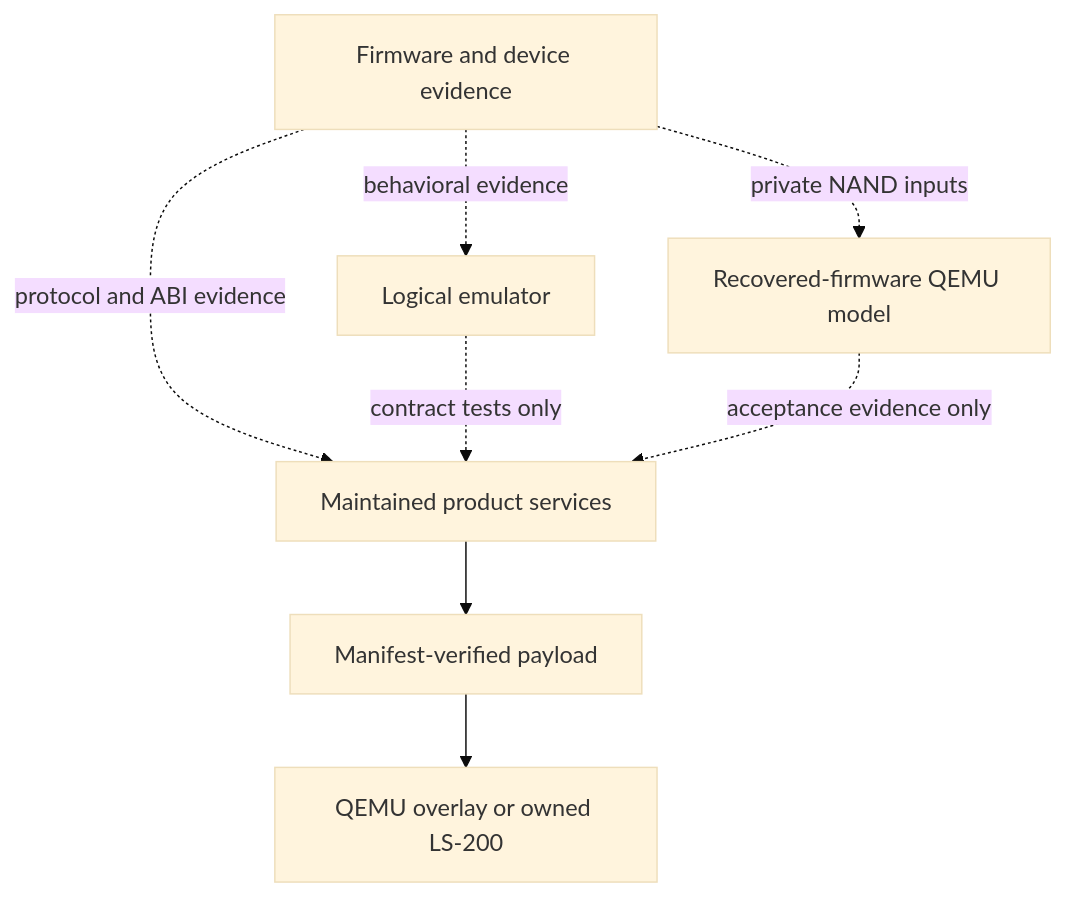
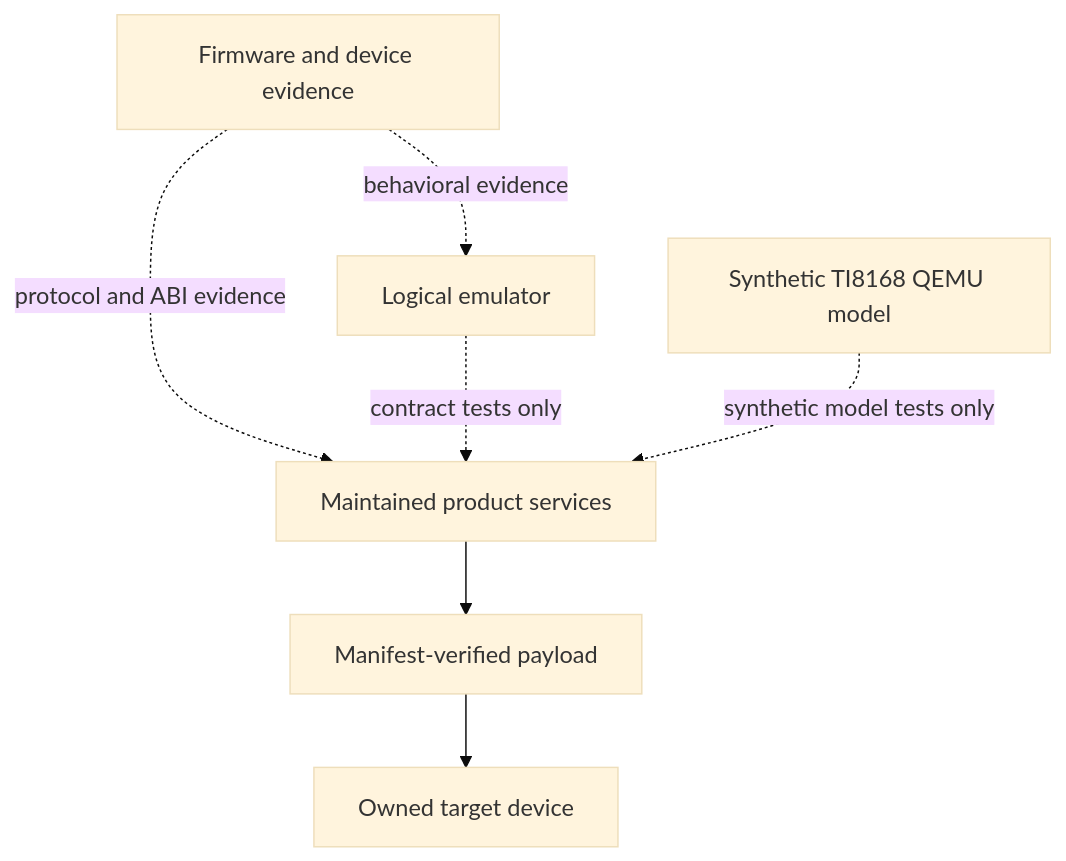
The second of 2 diagrams in docs/ARCHITECTURE.md (sebastianspicker/aula-ti8168-sip-endpoint), drawn with Mermaid (base theme) before and after one commit. The commit also changed other lines of this file and 377 other files, not shown here.

````diff
--- a/docs/ARCHITECTURE.md
+++ b/docs/ARCHITECTURE.md
@@ -47,17 +53,16 @@
 ```mermaid
 flowchart TB
     Evidence[Firmware and device evidence]
     Emulator[Logical emulator]
-    QEMU[Recovered-firmware QEMU model]
+    QEMU[Synthetic TI8168 QEMU model]
     Product[Maintained product services]
     Package[Manifest-verified payload]
-    Target[QEMU overlay or owned LS-200]
+    Target[Owned target device]
 
     Evidence -.->|behavioral evidence| Emulator
-    Evidence -.->|private NAND inputs| QEMU
     Evidence -.->|protocol and ABI evidence| Product
     Product --> Package
     Package --> Target
     Emulator -.->|contract tests only| Product
-    QEMU -.->|acceptance evidence only| Product
+    QEMU -.->|synthetic model tests only| Product
 ```
````
